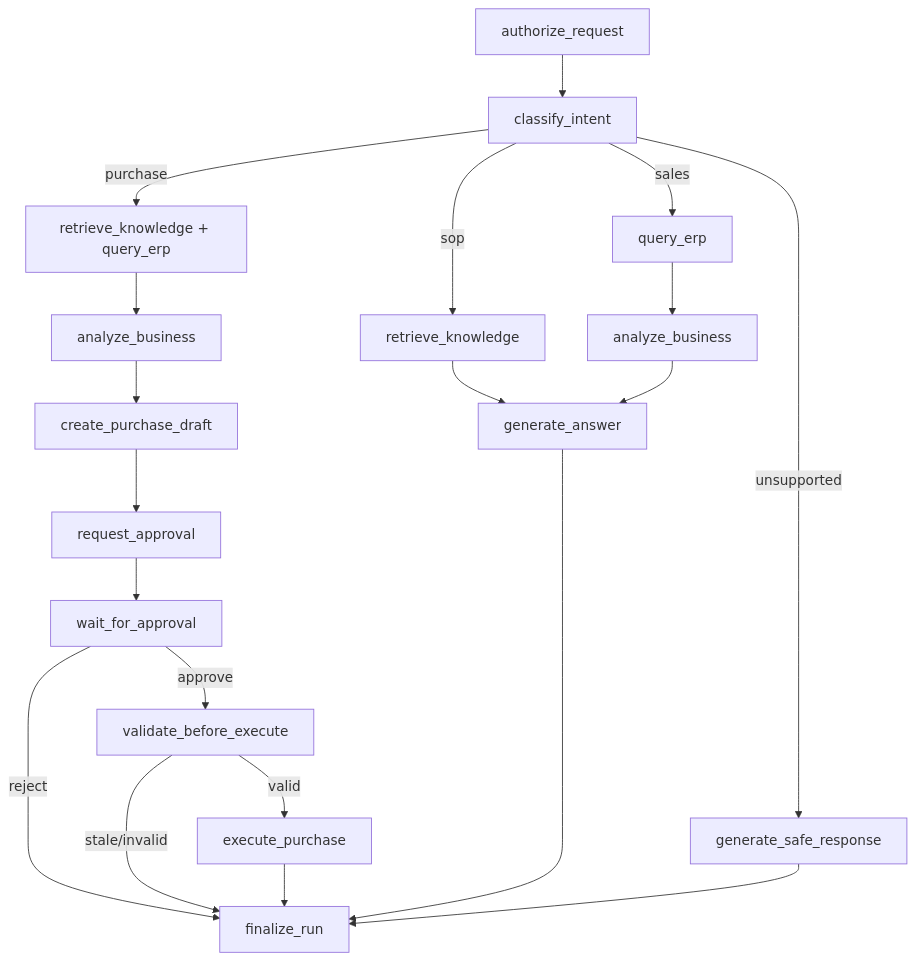
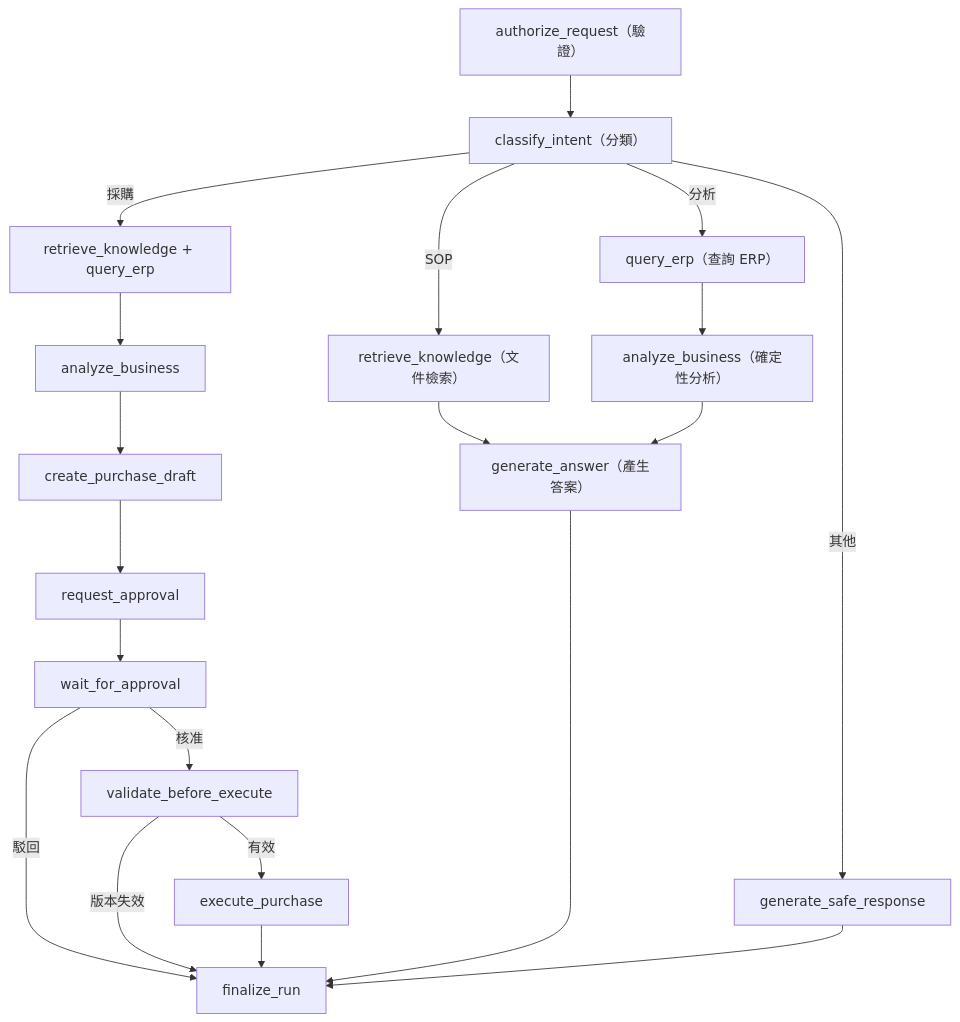
The diagram in docs/agent/WORKFLOW.md (kuangltw/enterprise-ai-operations-agent), drawn with Mermaid before and after one commit. The commit also changed other lines of this file, not shown here.

Commit message:
docs: 中文化 docs/agent/WORKFLOW.md 並同步 ASP.NET Core Demo ERP 規格

````diff
--- a/docs/agent/WORKFLOW.md
+++ b/docs/agent/WORKFLOW.md
@@ -51,22 +51,22 @@
 ```mermaid
 flowchart TD
- A[authorize_request] --> B[classify_intent]
- B -->|sop| R[retrieve_knowledge]
- R --> G[generate_answer]
- B -->|sales| E[query_erp]
- E --> N[analyze_business]
+ A["authorize_request（驗證）"] --> B["classify_intent（分類）"]
+ B -->|SOP| R["retrieve_knowledge（文件檢索）"]
+ R --> G["generate_answer（產生答案）"]
+ B -->|分析| E["query_erp（查詢 ERP）"]
+ E --> N["analyze_business（確定性分析）"]
  N --> G
- B -->|purchase| P[retrieve_knowledge + query_erp]
- P --> N2[analyze_business]
- N2 --> D[create_purchase_draft]
- D --> Q[request_approval]
- Q --> W[wait_for_approval]
- W -->|reject| F[finalize_run]
- W -->|approve| V[validate_before_execute]
- V -->|stale/invalid| F
- V -->|valid| X[execute_purchase]
+ B -->|採購| P["retrieve_knowledge + query_erp"]
+ P --> N2["analyze_business"]
+ N2 --> D["create_purchase_draft"]
+ D --> Q["request_approval"]
+ Q --> W["wait_for_approval"]
+ W -->|駁回| F["finalize_run"]
+ W -->|核准| V["validate_before_execute"]
+ V -->|版本失效| F
+ V -->|有效| X["execute_purchase"]
  X --> F
  G --> F
- B -->|unsupported| U[generate_safe_response]
+ B -->|其他| U["generate_safe_response"]
  U --> F
 ```
````
